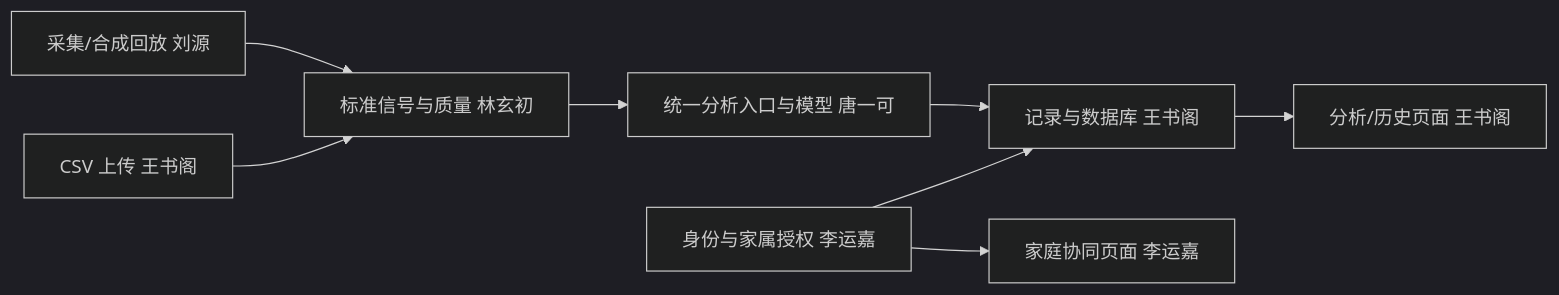
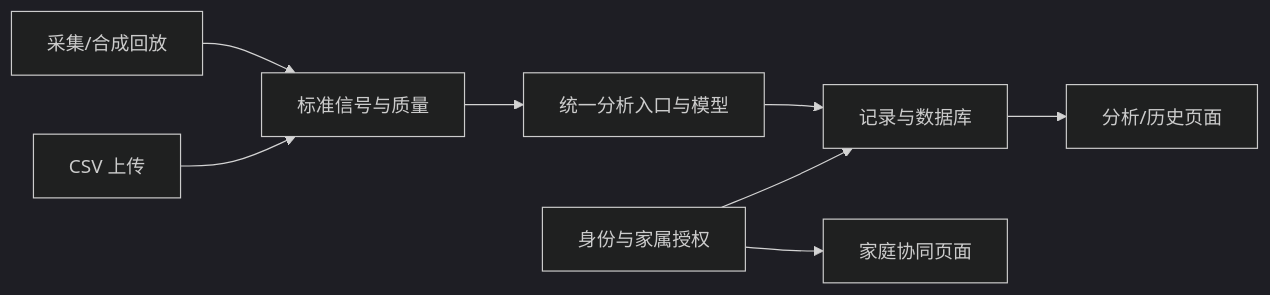
Before and after one commit to tangyike1234/health_system-v2: the diagram in README.md, drawn with Mermaid (dark theme). The commit also changed other lines of this file, not shown here.

````diff
--- a/README.md
+++ b/README.md
@@ -47,10 +47,10 @@
 ```mermaid
 flowchart LR
-  A[采集/合成回放 刘源] --> C[标准信号与质量 林玄初]
-  B[CSV 上传 王书阁] --> C
-  C --> D[统一分析入口与模型 唐一可]
-  D --> E[记录与数据库 王书阁]
-  E --> F[分析/历史页面 王书阁]
-  G[身份与家属授权 李运嘉] --> E
-  G --> H[家庭协同页面 李运嘉]
+  A[采集/合成回放] --> C[标准信号与质量]
+  B[CSV 上传] --> C
+  C --> D[统一分析入口与模型]
+  D --> E[记录与数据库]
+  E --> F[分析/历史页面]
+  G[身份与家属授权] --> E
+  G --> H[家庭协同页面]
 ```
````
